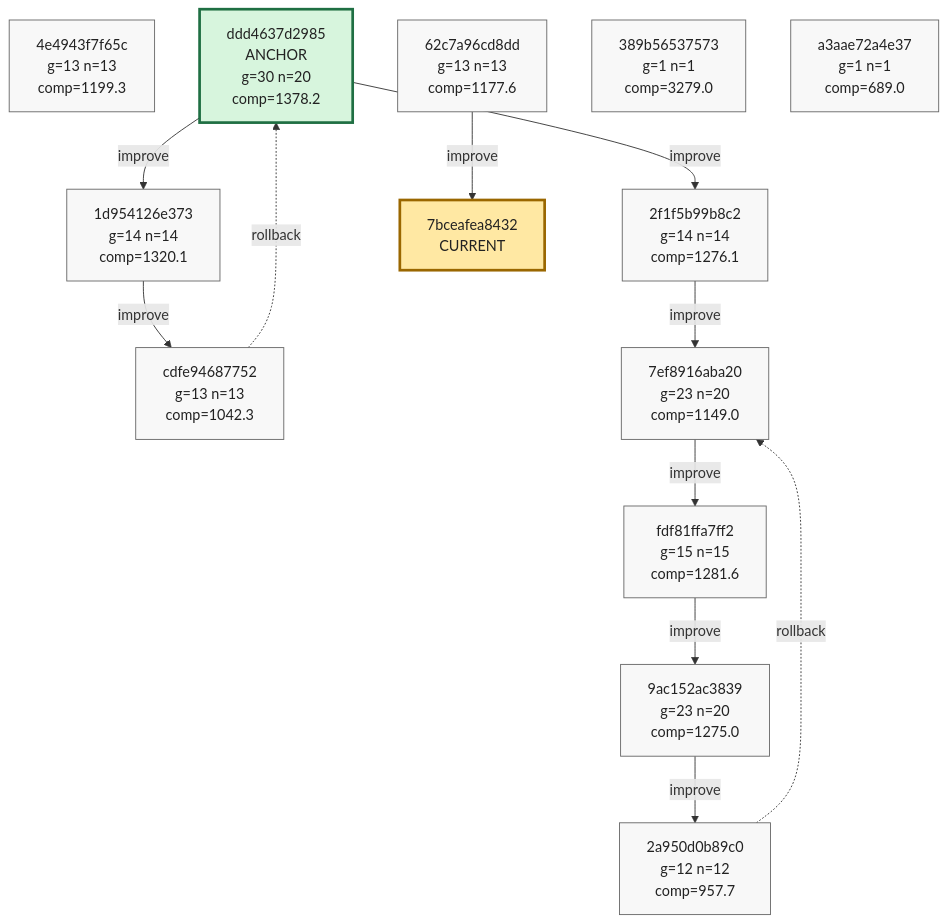
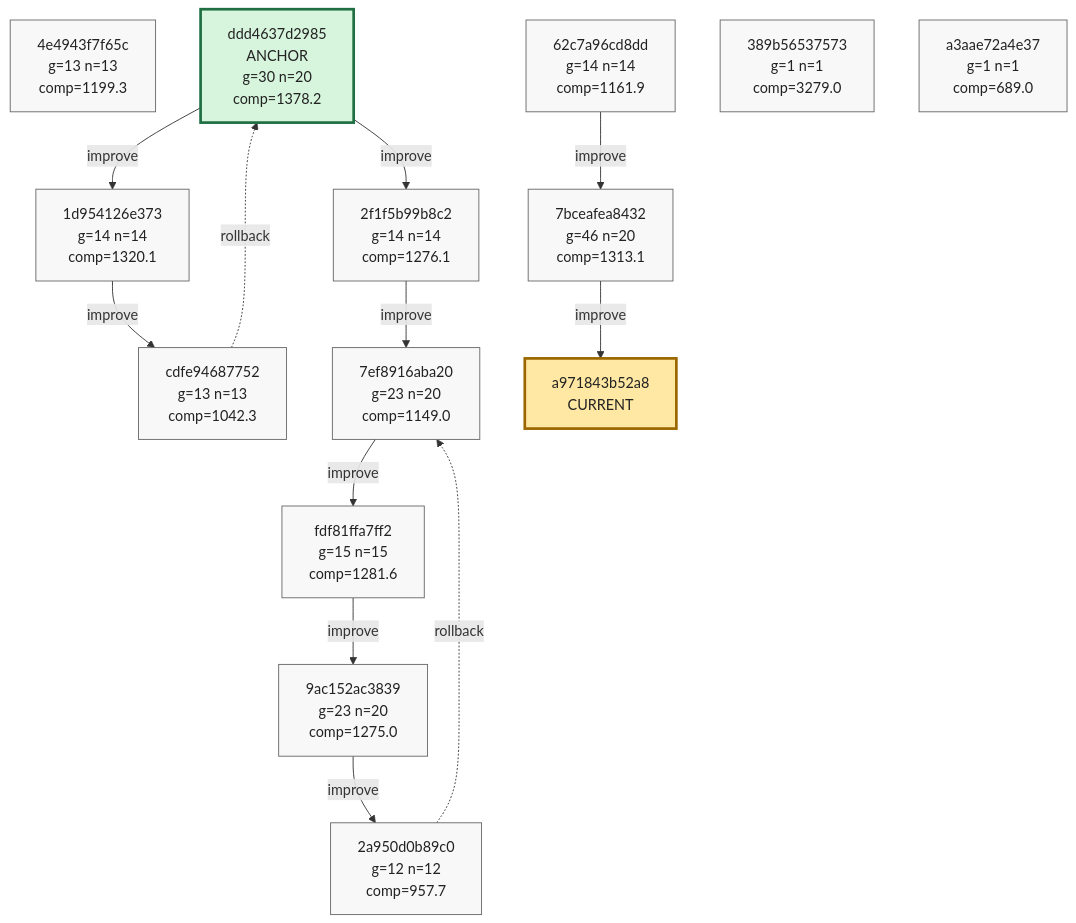
Before and after one commit to azumag/soviet_now: the ninth of 9 diagrams in phyrogenetic-tree.md, drawn with Mermaid. The commit also changed other lines of this file and 2 other files, not shown here.

Commit message:
eloop Improve after 32 games (scores: 1352 2906 1558 1162 1062 989 1863 1445 837 649 1382 1543 2107 781 2647 1548 1116 1204 1321 1128 1577 1870 1318 1594 2513 1456 1397 833 735 1264 1345 789)

````diff
--- a/phyrogenetic-tree.md
+++ b/phyrogenetic-tree.md
@@ -2239,46 +2234,49 @@
 ```mermaid
 flowchart TD
     h_4e4943f7f65c["4e4943f7f65c<br/>g=13 n=13<br/>comp=1199.3"]
     h_ddd4637d2985["ddd4637d2985<br/>ANCHOR<br/>g=30 n=20<br/>comp=1378.2"]
     h_1d954126e373["1d954126e373<br/>g=14 n=14<br/>comp=1320.1"]
     h_cdfe94687752["cdfe94687752<br/>g=13 n=13<br/>comp=1042.3"]
     h_2f1f5b99b8c2["2f1f5b99b8c2<br/>g=14 n=14<br/>comp=1276.1"]
     h_7ef8916aba20["7ef8916aba20<br/>g=23 n=20<br/>comp=1149.0"]
     h_fdf81ffa7ff2["fdf81ffa7ff2<br/>g=15 n=15<br/>comp=1281.6"]
     h_9ac152ac3839["9ac152ac3839<br/>g=23 n=20<br/>comp=1275.0"]
     h_2a950d0b89c0["2a950d0b89c0<br/>g=12 n=12<br/>comp=957.7"]
-    h_62c7a96cd8dd["62c7a96cd8dd<br/>g=13 n=13<br/>comp=1177.6"]
+    h_62c7a96cd8dd["62c7a96cd8dd<br/>g=14 n=14<br/>comp=1161.9"]
+    h_7bceafea8432["7bceafea8432<br/>g=46 n=20<br/>comp=1313.1"]
     h_389b56537573["389b56537573<br/>g=1 n=1<br/>comp=3279.0"]
     h_a3aae72a4e37["a3aae72a4e37<br/>g=1 n=1<br/>comp=689.0"]
-    h_7bceafea8432["7bceafea8432<br/>CURRENT"]
+    h_a971843b52a8["a971843b52a8<br/>CURRENT"]
 
     h_ddd4637d2985 -->|improve| h_1d954126e373
     h_1d954126e373 -->|improve| h_cdfe94687752
     h_cdfe94687752 -. rollback .-> h_ddd4637d2985
     h_ddd4637d2985 -->|improve| h_2f1f5b99b8c2
     h_2f1f5b99b8c2 -->|improve| h_7ef8916aba20
     h_7ef8916aba20 -->|improve| h_fdf81ffa7ff2
     h_fdf81ffa7ff2 -->|improve| h_9ac152ac3839
     h_9ac152ac3839 -->|improve| h_2a950d0b89c0
     h_2a950d0b89c0 -. rollback .-> h_7ef8916aba20
     h_62c7a96cd8dd -->|improve| h_7bceafea8432
+    h_7bceafea8432 -->|improve| h_a971843b52a8
 
     classDef plain fill:#f8f8f8,stroke:#666,stroke-width:1px,color:#222;
     classDef current fill:#ffe8a3,stroke:#9a6700,stroke-width:3px,color:#222;
     classDef anchor fill:#d7f5dd,stroke:#1f6f43,stroke-width:3px,color:#222;
     classDef current_anchor fill:#f3e4a8,stroke:#1f6f43,stroke-width:4px,color:#222;
 
     class h_4e4943f7f65c plain;
     class h_ddd4637d2985 anchor;
     class h_1d954126e373 plain;
     class h_cdfe94687752 plain;
     class h_2f1f5b99b8c2 plain;
     class h_7ef8916aba20 plain;
     class h_fdf81ffa7ff2 plain;
     class h_9ac152ac3839 plain;
     class h_2a950d0b89c0 plain;
     class h_62c7a96cd8dd plain;
+    class h_7bceafea8432 plain;
     class h_389b56537573 plain;
     class h_a3aae72a4e37 plain;
-    class h_7bceafea8432 current;
+    class h_a971843b52a8 current;
 ```
````
